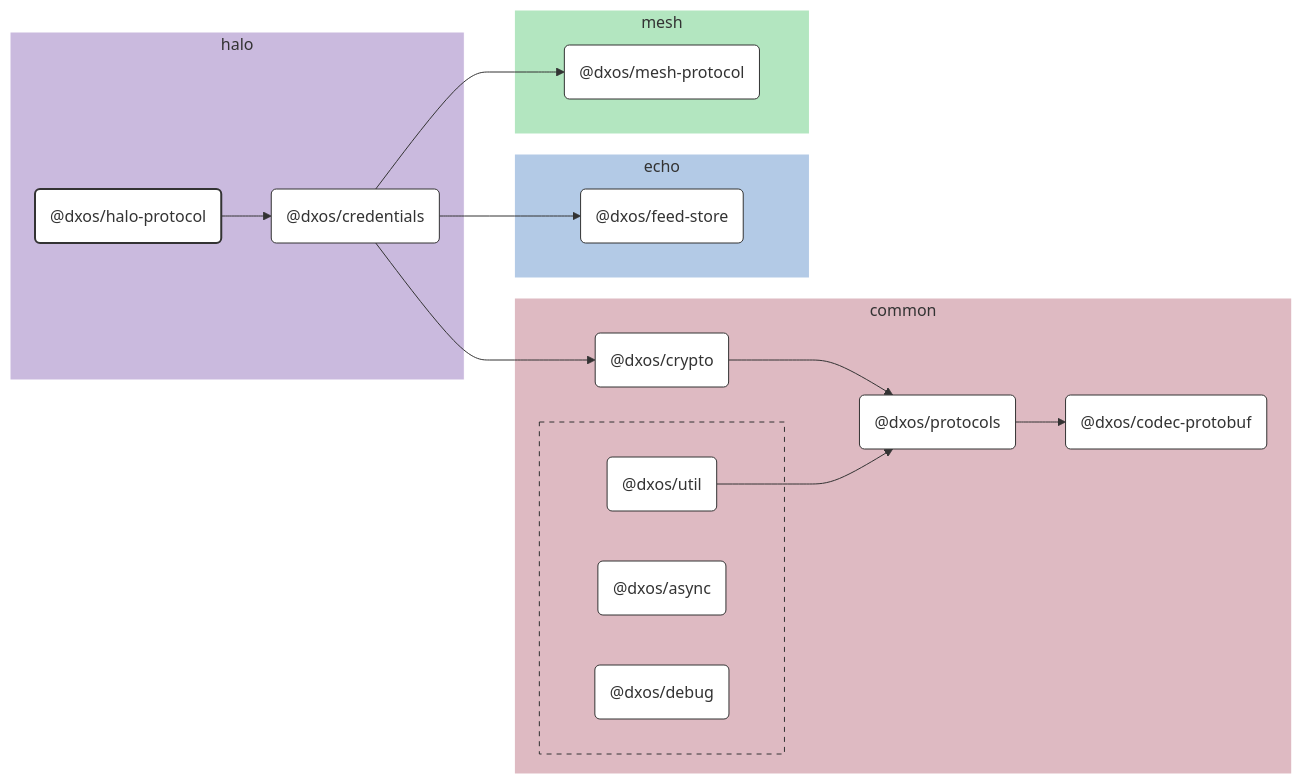
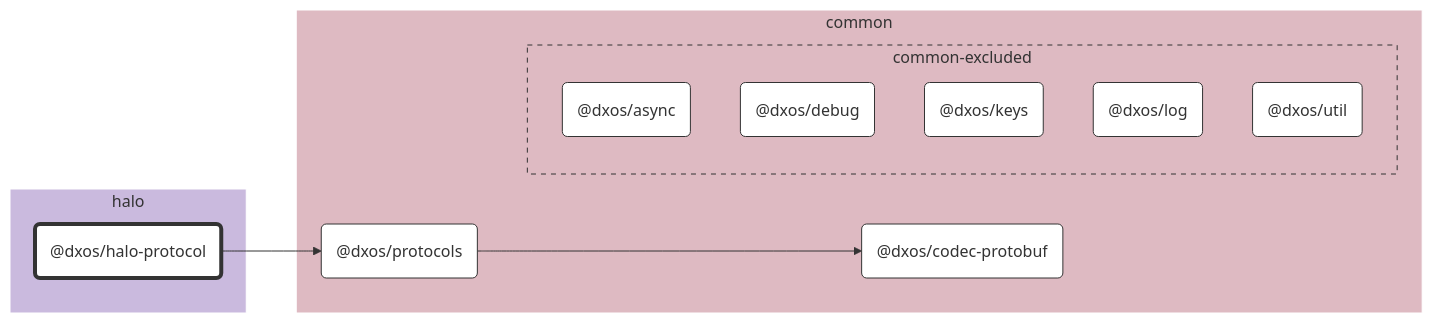
Before and after one commit to dxos/dxos: the diagram in packages/halo/halo-protocol/docs/README.md, drawn with Mermaid. The commit also changed other lines of this file and 683 other files, not shown here.

````diff
--- a/packages/halo/halo-protocol/docs/README.md
+++ b/packages/halo/halo-protocol/docs/README.md
@@ -7,79 +7,44 @@
 ```mermaid
 %%{ init: {'flowchart':{'curve':'basis'}} }%%
 
 flowchart LR
 
-%% Links
-dxos/credentials --> dxos/crypto;
-dxos/credentials --> dxos/feed-store;
-dxos/credentials --> dxos/mesh-protocol;
-dxos/crypto --> dxos/protocols;
-dxos/halo-protocol --> dxos/credentials;
-dxos/protocols --> dxos/codec-protobuf;
-dxos/util --> dxos/protocols;
+%% Classes
+classDef def fill:#fff,stroke:#333,stroke-width:1px
+classDef root fill:#fff,stroke:#333,stroke-width:4px
 
-%% Sections
-subgraph halo
-  style halo fill:#cabade,stroke:#fff;
+%% Nodes
 
-  dxos/credentials("@dxos/credentials")
-  dxos/halo-protocol("@dxos/halo-protocol")
+subgraph halo [halo]
+  style halo fill:#cabade,stroke:#fff
+  dxos/halo-protocol("@dxos/halo-protocol"):::root
+  click dxos/halo-protocol "dxos/dxos/tree/main/packages/halo/halo-protocol/docs"
 end
 
-subgraph common
-  style common fill:#debac2,stroke:#fff;
+subgraph common [common]
+  style common fill:#debac2,stroke:#fff
+  dxos/codec-protobuf("@dxos/codec-protobuf"):::def
+  click dxos/codec-protobuf "dxos/dxos/tree/main/packages/common/codec-protobuf/docs"
+  dxos/protocols("@dxos/protocols"):::def
+  click dxos/protocols "dxos/dxos/tree/main/packages/common/protocols/docs"
 
-  dxos/codec-protobuf("@dxos/codec-protobuf")
-  dxos/crypto("@dxos/crypto")
-  dxos/protocols("@dxos/protocols")
-
-  subgraph common-excluded [ ]
-    style common-excluded fill:#debac2,stroke:#333,stroke-dasharray:5 5;
-
-    dxos/async("@dxos/async")
-    dxos/debug("@dxos/debug")
-    dxos/util("@dxos/util")
+  subgraph common-excluded [common-excluded]
+    style common-excluded fill:#debac2,stroke:#333,stroke-dasharray:5 5
+    dxos/async("@dxos/async"):::def
+    click dxos/async "dxos/dxos/tree/main/packages/common/async/docs"
+    dxos/debug("@dxos/debug"):::def
+    click dxos/debug "dxos/dxos/tree/main/packages/common/debug/docs"
+    dxos/keys("@dxos/keys"):::def
+    click dxos/keys "dxos/dxos/tree/main/packages/common/keys/docs"
+    dxos/log("@dxos/log"):::def
+    click dxos/log "dxos/dxos/tree/main/packages/common/log/docs"
+    dxos/util("@dxos/util"):::def
+    click dxos/util "dxos/dxos/tree/main/packages/common/util/docs"
   end
 end
 
-subgraph echo
-  style echo fill:#b3cae6,stroke:#fff;
-
-  dxos/feed-store("@dxos/feed-store")
-end
-
-subgraph mesh
-  style mesh fill:#b3e6c0,stroke:#fff;
-
-  dxos/mesh-protocol("@dxos/mesh-protocol")
-end
-
-
-%% Hyperlinks
-click dxos/async "dxos/dxos/tree/main/packages/common/async/docs";
-click dxos/codec-protobuf "dxos/dxos/tree/main/packages/common/codec-protobuf/docs";
-click dxos/credentials "dxos/dxos/tree/main/packages/halo/credentials/docs";
-click dxos/crypto "dxos/dxos/tree/main/packages/common/crypto/docs";
-click dxos/debug "dxos/dxos/tree/main/packages/common/debug/docs";
-click dxos/feed-store "dxos/dxos/tree/main/packages/echo/feed-store/docs";
-click dxos/mesh-protocol "dxos/dxos/tree/main/packages/mesh/mesh-protocol/docs";
-click dxos/protocols "dxos/dxos/tree/main/packages/common/protocols/docs";
-click dxos/util "dxos/dxos/tree/main/packages/common/util/docs";
-
-%% Styles
-classDef rootNode fill:#fff,stroke:#333,stroke-width:2px
-classDef defaultNode fill:#fff,stroke:#333,stroke-width:1px
+%% Links
 linkStyle default stroke:#333,stroke-width:1px
-
-dxos/halo-protocol:::rootNode
-
-dxos/async:::defaultNode
-dxos/codec-protobuf:::defaultNode
-dxos/credentials:::defaultNode
-dxos/crypto:::defaultNode
-dxos/debug:::defaultNode
-dxos/feed-store:::defaultNode
-dxos/mesh-protocol:::defaultNode
-dxos/protocols:::defaultNode
-dxos/util:::defaultNode
+dxos/halo-protocol --> dxos/protocols
+dxos/protocols --> dxos/codec-protobuf
 ```
````
